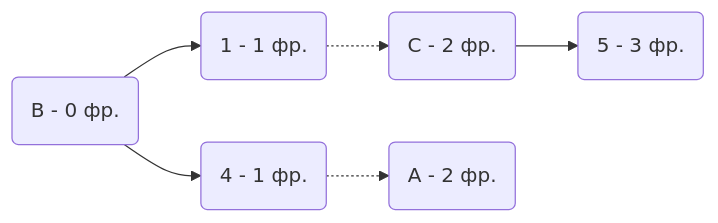
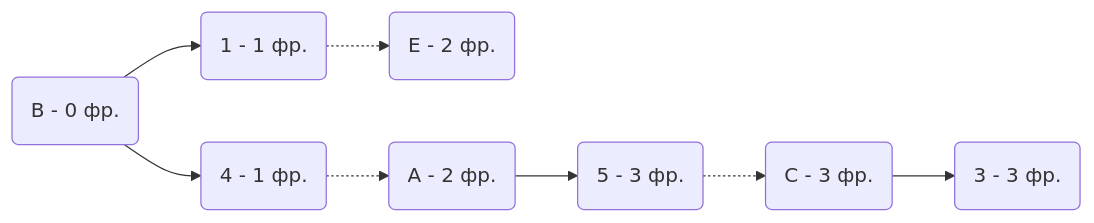
Before and after one commit to HSE-algo-23-crow/manual_tasks: the seventh of 9 diagrams in task_13/gigacode_task_13.md, drawn with Mermaid. The commit also changed other lines of this file, not shown here.

````diff
--- a/task_13/gigacode_task_13.md
+++ b/task_13/gigacode_task_13.md
@@ -164,5 +215,5 @@
 ```mermaid
 graph LR
-    B(B - 0 фр.)  --> 1(1 - 1 фр.) -.-> C(C - 2 фр.) --> 5(5 - 3 фр.) 
-    B(B - 0 фр.)  --> 4(4 - 1 фр.) -.-> A(A - 2 фр.) 
+    B(B - 0 фр.)  --> 1(1 - 1 фр.) -.-> E(E - 2 фр.)
+    B(B - 0 фр.)  --> 4(4 - 1 фр.) -.-> A(A - 2 фр.) --> 5(5 - 3 фр.) -.-> C(C - 3 фр.) --> 3(3 - 3 фр.)
 ```
````
